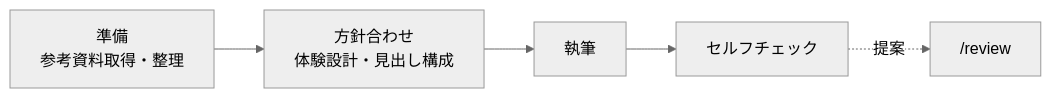
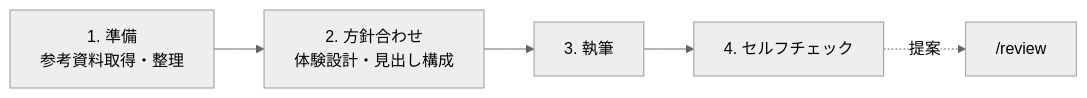
One commit to yotaro0616/curriculum-writer changed the third of 4 diagrams in README.md. Above: the diagram before and after it, drawn with Mermaid (neutral theme).

Commit message:
/write フロー図にステップ番号を追加

````diff
--- a/README.md
+++ b/README.md
@@ -97,7 +97,7 @@
 ```mermaid
 flowchart LR
-    W1["準備\n参考資料取得・整理"] --> W2["方針合わせ\n体験設計・見出し構成"]
-    W2 --> W3["執筆"]
-    W3 --> W4["セルフチェック"]
+    W1["1. 準備\n参考資料取得・整理"] --> W2["2. 方針合わせ\n体験設計・見出し構成"]
+    W2 --> W3["3. 執筆"]
+    W3 --> W4["4. セルフチェック"]
     W4 -.->|提案| R["/review"]
 ```
````
